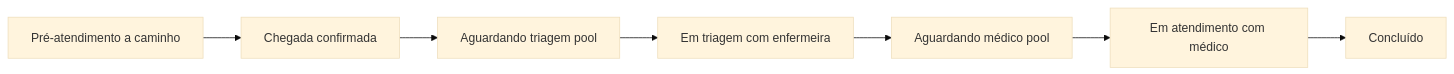
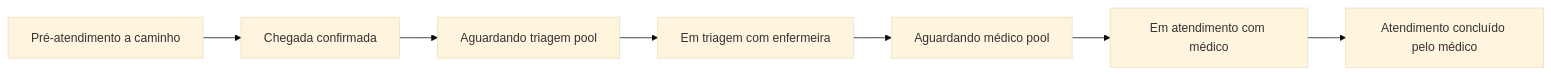
Before and after one commit to RafaelHDSV/MedIT: the diagram in context.md, drawn with Mermaid (base theme). The commit also changed other lines of this file, not shown here.

````diff
--- a/context.md
+++ b/context.md
@@ -299,9 +334,9 @@
 ```mermaid
 flowchart LR
   A[Pré-atendimento a caminho] --> B[Chegada confirmada]
   B --> C[Aguardando triagem pool]
   C --> D[Em triagem com enfermeira]
   D --> E[Aguardando médico pool]
   E --> F[Em atendimento com médico]
-  F --> G[Concluído]
+  F --> G[Atendimento concluído pelo médico]
 ```
````
